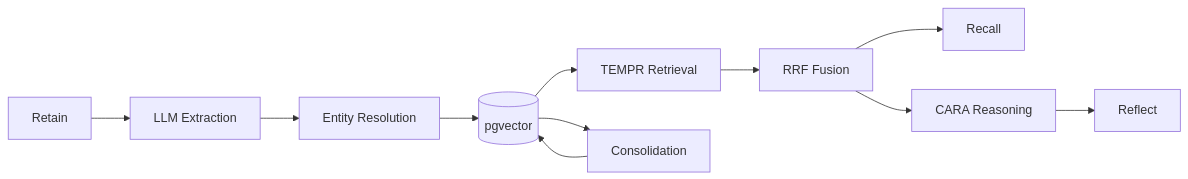
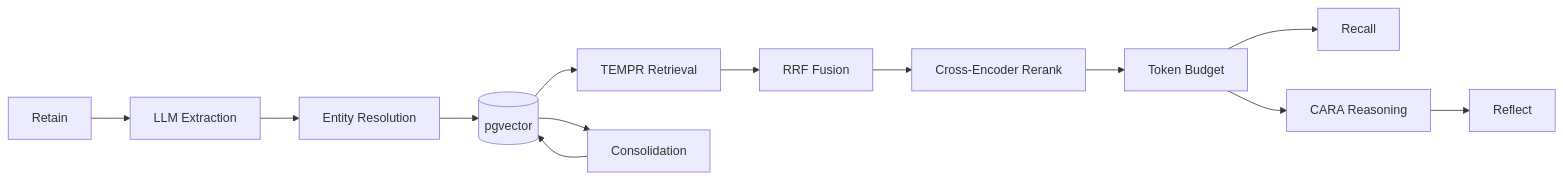
Before and after one commit to AustinEral/elephant: the diagram in docs/architecture.md, drawn with Mermaid. The commit also changed other lines of this file and 7 other files, not shown here.

````diff
--- a/docs/architecture.md
+++ b/docs/architecture.md
@@ -5,13 +5,15 @@
 ```mermaid
 graph LR
     R[Retain] --> E[LLM Extraction]
     E --> ER[Entity Resolution]
     ER --> S[(pgvector)]
     S --> T[TEMPR Retrieval]
     T --> F[RRF Fusion]
-    F --> RC[Recall]
-    F --> RF[CARA Reasoning]
+    F --> X[Cross-Encoder Rerank]
+    X --> B[Token Budget]
+    B --> RC[Recall]
+    B --> RF[CARA Reasoning]
     RF --> RE[Reflect]
     S --> C[Consolidation]
     C --> S
 ```
````
